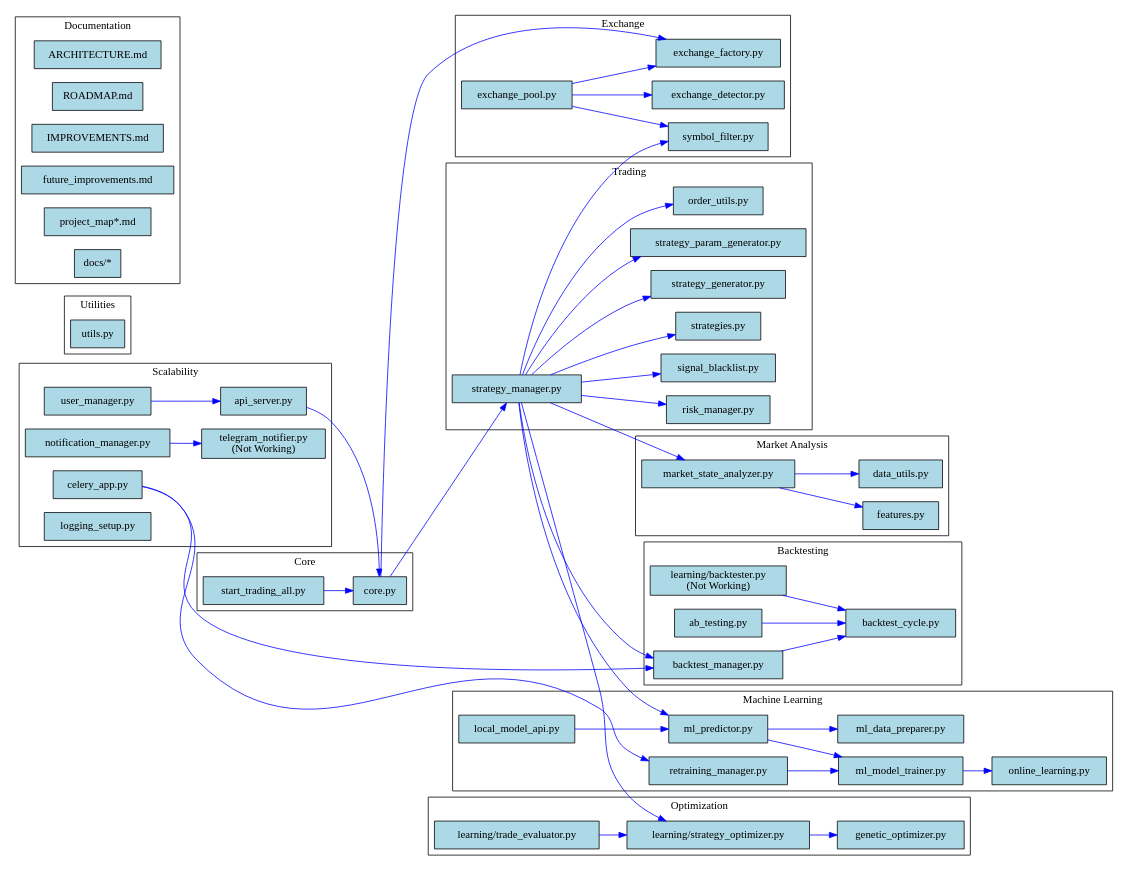
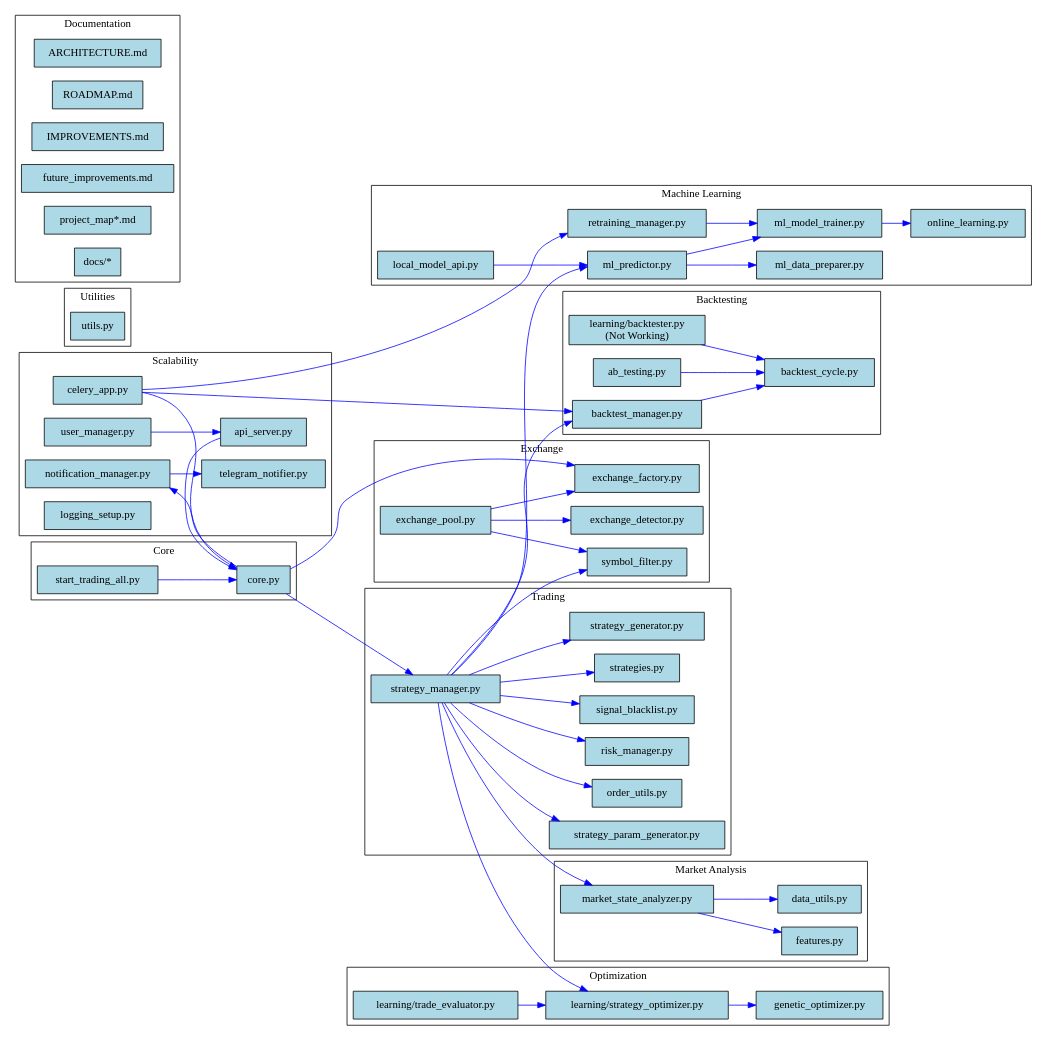
One commit to Mars-proj/Simbiot-trading-bot-evolved changed the diagram in trading_bot_graph.dot. Above: the diagram before and after it, drawn with Graphviz. The commit also changed 8 other files, not shown here.

```diff
--- a/trading_bot_graph.dot
+++ b/trading_bot_graph.dot
@@ -1,141 +1,143 @@
 digraph TradingBotSystem {
     rankdir=LR;
     node [shape=box, style=filled, fillcolor=lightblue];
     edge [color=blue];
 
     // Core
     subgraph cluster_core {
         label="Core";
         fillcolor=lightgreen;
         core [label="core.py"];
         start_trading [label="start_trading_all.py"];
         start_trading -> core;
     }
 
     // Trading
     subgraph cluster_trading {
         label="Trading";
         fillcolor=lightyellow;
         strategies [label="strategies.py"];
         strategy_manager [label="strategy_manager.py"];
         strategy_generator [label="strategy_generator.py"];
         strategy_param_generator [label="strategy_param_generator.py"];
         order_utils [label="order_utils.py"];
         risk_manager [label="risk_manager.py"];
         signal_blacklist [label="signal_blacklist.py"];
         strategy_manager -> strategies;
         strategy_manager -> strategy_generator;
         strategy_manager -> strategy_param_generator;
         strategy_manager -> order_utils;
         strategy_manager -> risk_manager;
         strategy_manager -> signal_blacklist;
         core -> strategy_manager;
     }
 
     // Exchange
     subgraph cluster_exchange {
         label="Exchange";
         fillcolor=lightcoral;
         exchange_factory [label="exchange_factory.py"];
         exchange_detector [label="exchange_detector.py"];
         exchange_pool [label="exchange_pool.py"];
         symbol_filter [label="symbol_filter.py"];
         exchange_pool -> exchange_factory;
         exchange_pool -> exchange_detector;
         exchange_pool -> symbol_filter;
         core -> exchange_factory;
     }
 
     // Market Analysis
     subgraph cluster_market_analysis {
         label="Market Analysis";
         fillcolor=lightpink;
         market_state_analyzer [label="market_state_analyzer.py"];
         features [label="features.py"];
         data_utils [label="data_utils.py"];
         market_state_analyzer -> features;
         market_state_analyzer -> data_utils;
         strategy_manager -> market_state_analyzer;
         strategy_manager -> symbol_filter;
     }
 
     // Machine Learning
     subgraph cluster_ml {
         label="Machine Learning";
         fillcolor=lightcyan;
         ml_data_preparer [label="ml_data_preparer.py"];
         ml_model_trainer [label="ml_model_trainer.py"];
         ml_predictor [label="ml_predictor.py"];
         online_learning [label="online_learning.py"];
         retraining_manager [label="retraining_manager.py"];
         local_model_api [label="local_model_api.py"];
         ml_predictor -> ml_model_trainer;
         ml_predictor -> ml_data_preparer;
         ml_model_trainer -> online_learning;
         retraining_manager -> ml_model_trainer;
         local_model_api -> ml_predictor;
         strategy_manager -> ml_predictor;
     }
 
     // Optimization
     subgraph cluster_optimization {
         label="Optimization";
         fillcolor=lightgoldenrodyellow;
         genetic_optimizer [label="genetic_optimizer.py"];
         strategy_optimizer [label="learning/strategy_optimizer.py"];
         trade_evaluator [label="learning/trade_evaluator.py"];
         strategy_optimizer -> genetic_optimizer;
         trade_evaluator -> strategy_optimizer;
         strategy_manager -> strategy_optimizer;
     }
 
     // Backtesting
     subgraph cluster_backtesting {
         label="Backtesting";
         fillcolor=lightgray;
         backtest_cycle [label="backtest_cycle.py"];
         backtest_manager [label="backtest_manager.py"];
         learning_backtester [label="learning/backtester.py\n(Not Working)"];
         ab_testing [label="ab_testing.py"];
         backtest_manager -> backtest_cycle;
         learning_backtester -> backtest_cycle;
         ab_testing -> backtest_cycle;
         strategy_manager -> backtest_manager;
     }
 
     // Scalability
     subgraph cluster_scalability {
         label="Scalability";
         fillcolor=lightseagreen;
         celery_app [label="celery_app.py"];
         api_server [label="api_server.py"];
         user_manager [label="user_manager.py"];
         notification_manager [label="notification_manager.py"];
-        telegram_notifier [label="telegram_notifier.py\n(Not Working)"];
+        telegram_notifier [label="telegram_notifier.py"];
         logging_setup [label="logging_setup.py"];
         notification_manager -> telegram_notifier;
         celery_app -> backtest_manager;
         celery_app -> retraining_manager;
+        celery_app -> core;
         api_server -> core;
         user_manager -> api_server;
+        core -> notification_manager;
     }
 
     // Utilities
     subgraph cluster_utilities {
         label="Utilities";
         fillcolor=lightsalmon;
         utils [label="utils.py"];
     }
 
     // Documentation
     subgraph cluster_documentation {
         label="Documentation";
         fillcolor=lavender;
         architecture_md [label="ARCHITECTURE.md"];
         roadmap_md [label="ROADMAP.md"];
         improvements_md [label="IMPROVEMENTS.md"];
         future_improvements [label="future_improvements.md"];
         project_map_md [label="project_map*.md"];
         docs [label="docs/*"];
     }
 }
```
